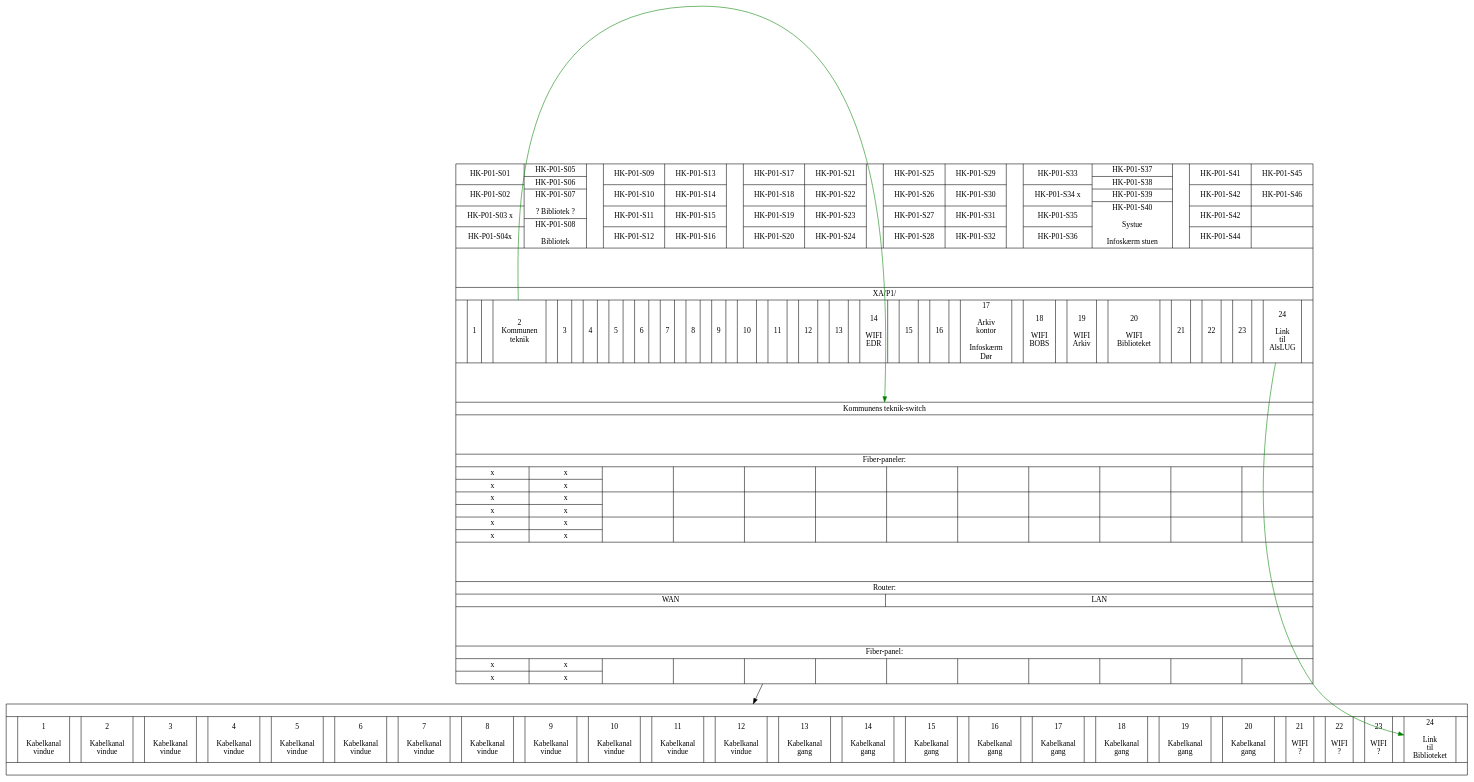
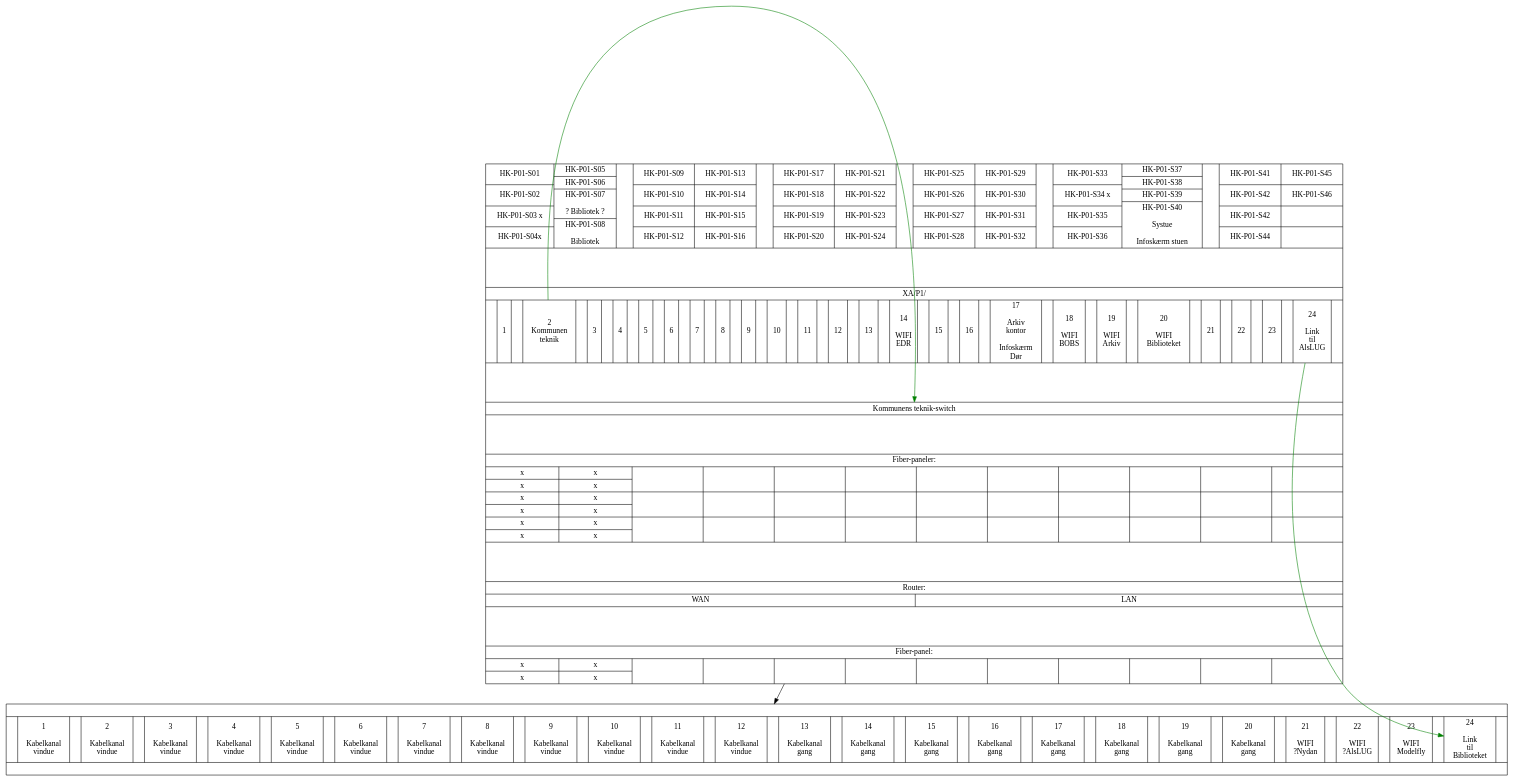
One commit to alslug/alslug.dk changed the diagram in projekter/patch-paneler.dot. Above: the diagram before and after it, drawn with Graphviz.

```diff
--- a/projekter/patch-paneler.dot
+++ b/projekter/patch-paneler.dot
@@ -1,140 +1,140 @@
 digraph xxx {
   bib_patch [ shape=record label="{
   					{
 						{HK-P01-S01|HK-P01-S02|HK-P01-S03 x|HK-P01-S04x}|
 						{HK-P01-S05|HK-P01-S06|HK-P01-S07\n\n? Bibliotek ?|HK-P01-S08\n\nBibliotek}||
 						
 						{HK-P01-S09|HK-P01-S10|HK-P01-S11|HK-P01-S12}|
 						{HK-P01-S13|HK-P01-S14|HK-P01-S15|HK-P01-S16}||
 						
 						{HK-P01-S17|HK-P01-S18|HK-P01-S19|HK-P01-S20}|
 						{HK-P01-S21|HK-P01-S22|HK-P01-S23|HK-P01-S24}||
 						
 						{HK-P01-S25|HK-P01-S26|HK-P01-S27|HK-P01-S28}|
 						{HK-P01-S29|HK-P01-S30|HK-P01-S31|HK-P01-S32}||
 						
 						{HK-P01-S33|HK-P01-S34 x|HK-P01-S35|HK-P01-S36}|
 						{HK-P01-S37|HK-P01-S38|HK-P01-S39|HK-P01-S40\n\nSystue\n\nInfoskærm stuen}||
 						
 						{HK-P01-S41|HK-P01-S42|HK-P01-S42|HK-P01-S44}|
 						{HK-P01-S45|HK-P01-S46||}
 					}
 					|\n\n\n\n|XA/P1/|
 					{|
 							<xa_p1_1> 1
 						||
 							<xa_p1_2> 2 \nKommunen\nteknik
 						||
 							<xa_p1_3> 3
 						||
 							<xa_p1_4> 4
 						||
 							<xa_p1_5> 5
 						||
 							<xa_p1_6> 6
 						||
 							<xa_p1_7> 7
 						||
 							<xa_p1_8> 8
 						||
 							<xa_p1_9> 9
 						||
 							<xa_p1_10> 10
 						||
 							<xa_p1_11> 11
 						||
 							<xa_p1_12> 12
 						||
 							<xa_p1_13> 13
 						||
 							<xa_p1_14> 14 \n\nWIFI\nEDR
 						||
 							<xa_p1_15> 15
 						||
 							<xa_p1_16> 16
 						||
 							<xa_p1_15> 17 \n\nArkiv\nkontor\n\nInfoskærm\nDør
 						||
 							<xa_p1_18> 18 \n\nWIFI\nBOBS
 						||
 							<xa_p1_19> 19 \n\nWIFI\nArkiv
 						||
 							<xa_p1_20> 20 \n\nWIFI\nBiblioteket
 						||
 							<xa_p1_21> 21
 						||
 							<xa_p1_22> 22
 						||
 							<xa_p1_23> 23
 						||
 							<xa_p1_24> 24\n\nLink\ntil\nAlsLUG
 						|}
 					|\n\n\n\n|
 					<kom_switch>Kommunens teknik-switch
 					|\n\n\n\n|Fiber-paneler:
 					|
 					{{x|x}|{x|x}||||||||||}
 					|
 					{{x|x}|{x|x}||||||||||}
 					|
 					{{x|x}|{x|x}||||||||||}
 					|\n\n\n\n|Router:|
 					{WAN|LAN}
 					|\n\n\n\n|Fiber-panel:|
 					{{x|x}|{x|x}||||||||||}
 				   }" ];
   alslug_patch [ shape=record label="{
 					|{|
 						<1> 1 \n\nKabelkanal\nvindue
 					||
 						<2> 2 \n\nKabelkanal\nvindue
 					||
 						<3> 3 \n\nKabelkanal\nvindue
 					||
 						<4> 4 \n\nKabelkanal\nvindue
 					||
 						<5> 5 \n\nKabelkanal\nvindue
 					||
 						<6> 6 \n\nKabelkanal\nvindue
 					||
 						<7> 7 \n\nKabelkanal\nvindue
 					||
 						<8> 8 \n\nKabelkanal\nvindue
 					||
 						<9> 9 \n\nKabelkanal\nvindue
 					||
 						<10> 10 \n\nKabelkanal\nvindue
 					||
 						<11> 11 \n\nKabelkanal\nvindue
 					||
 						<12> 12 \n\nKabelkanal\nvindue
 					||
 						<13> 13 \n\nKabelkanal\ngang
 					||
 						<14> 14 \n\nKabelkanal\ngang
 					||
 						<15> 15 \n\nKabelkanal\ngang
 					||
 						<16> 16 \n\nKabelkanal\ngang
 					||
 						<17> 17 \n\nKabelkanal\ngang
 					||
 						<18> 18 \n\nKabelkanal\ngang
 					||
 						<19> 19 \n\nKabelkanal\ngang
 					||
 						<20> 20 \n\nKabelkanal\ngang
 					||
-						<21> 21 \n\nWIFI\n?
+						<21> 21 \n\nWIFI\n?Nydan
 					||
-						<22> 22 \n\nWIFI\n?
+						<22> 22 \n\nWIFI\n?AlsLUG
 					||
-						<23> 23 \n\nWIFI\n?
+						<23> 23 \n\nWIFI\nModelfly
 					||
 						<24> 24 \n\nLink\ntil\nBiblioteket
 					|}|
                                       }" ];
   bib_patch -> alslug_patch;
   bib_patch:xa_p1_2 -> bib_patch:kom_switch [ color=green ];
   bib_patch:xa_p1_24 -> alslug_patch:24 [ color=green ];
 }
```
